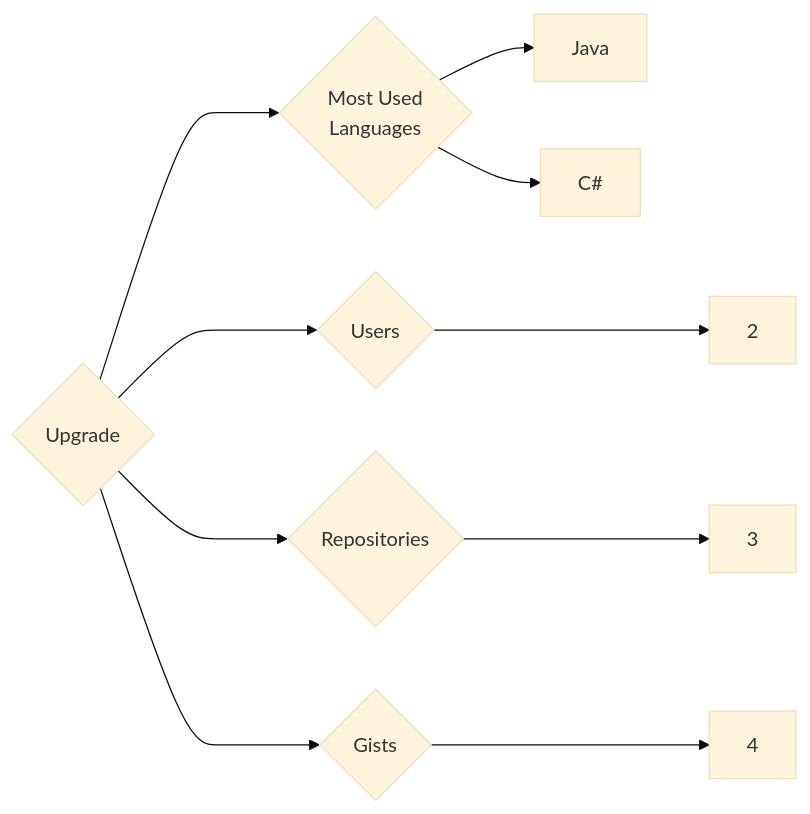
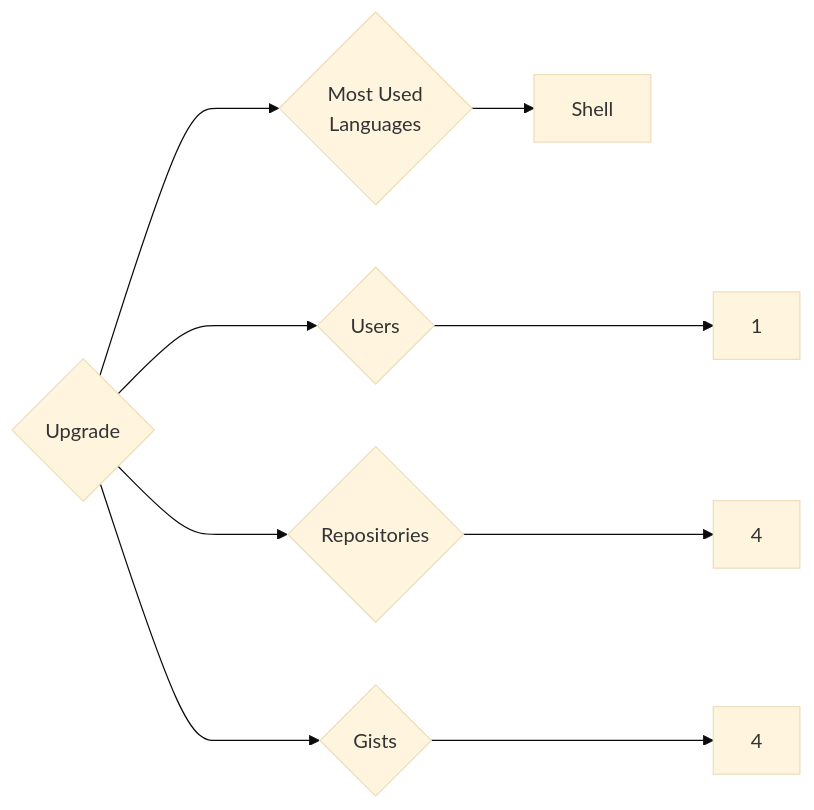
Before and after one commit to trickest/insiders: the diagram in targets/Upgrade/README.md, drawn with Mermaid (base theme). The commit also changed 715 other files, not shown here.

````diff
--- a/targets/Upgrade/README.md
+++ b/targets/Upgrade/README.md
@@ -3,10 +3,9 @@
 ```mermaid
 graph LR
 COMPANY_NAME{Upgrade}
-COMPANY_NAME ---> U{Users} ---> UN[2]
-COMPANY_NAME ---> R{Repositories} ---> RN[3]
+COMPANY_NAME ---> U{Users} ---> UN[1]
+COMPANY_NAME ---> R{Repositories} ---> RN[4]
 COMPANY_NAME ---> G{Gists} ---> GN[4]
 COMPANY_NAME ---> ML{Most Used<br>Languages}
-ML --> Java[Java]
-ML --> C#[C#]
+ML --> Shell[Shell]
 ```
````
